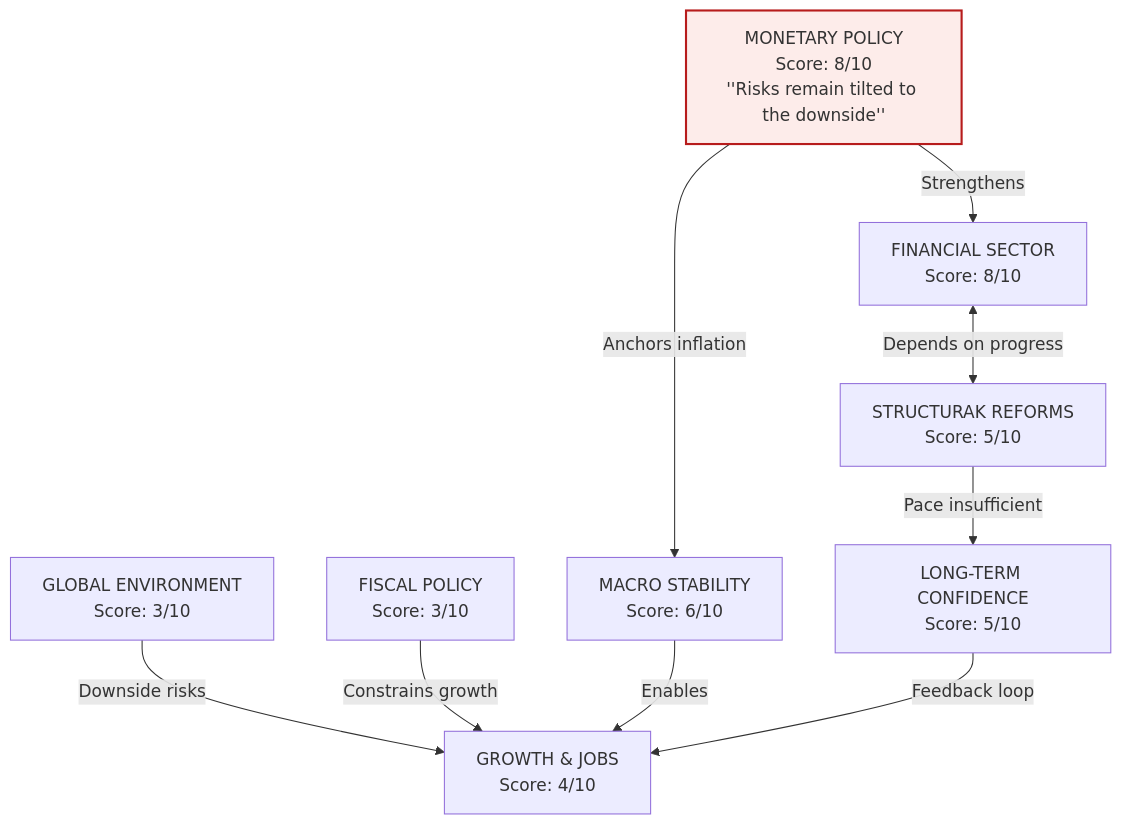
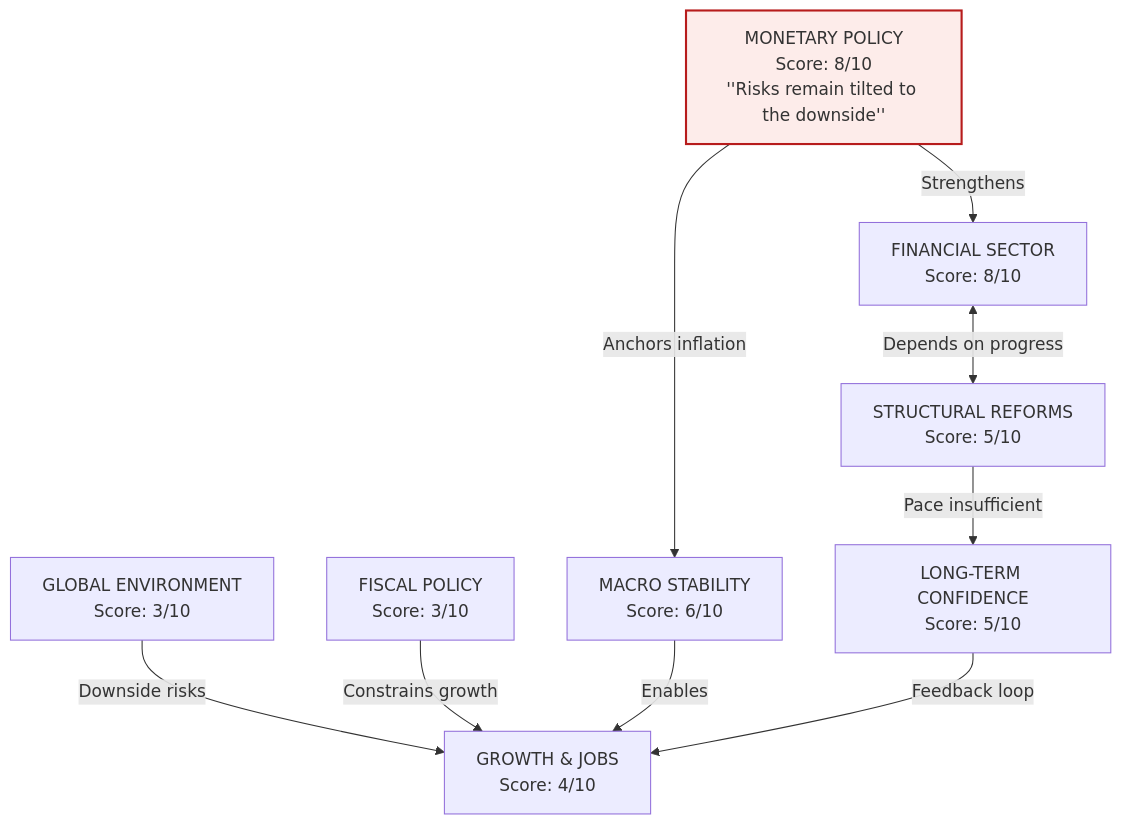
One commit to Tellusant/docs changed the first of 2 diagrams in articles-posts/economic-sentiment-zaf.md. Above: the diagram before and after it, drawn with Mermaid.

```diff
--- a/articles-posts/economic-sentiment-zaf.md
+++ b/articles-posts/economic-sentiment-zaf.md
@@ -11,22 +11,22 @@
 <div class="mermaid">
 flowchart TD
     GE["GLOBAL ENVIRONMENT\nScore: 3/10"]
     FP["FISCAL POLICY\nScore: 3/10"]
     GJ["GROWTH & JOBS\nScore: 4/10"]
     MP["MONETARY POLICY\nScore: 8/10\n''Risks remain tilted to the downside''"]:::risk
     MS["MACRO STABILITY\nScore: 6/10"]
     FS["FINANCIAL SECTOR\nScore: 8/10"]
-    SR["STRUCTURAK REFORMS\nScore: 5/10"]
+    SR["STRUCTURAL REFORMS\nScore: 5/10"]
     LC["LONG-TERM CONFIDENCE\nScore: 5/10"]
 
     GE -->|Downside risks| GJ
     FP -->|Constrains growth| GJ
     MP -->|Anchors inflation| MS
     MS -->|Enables| GJ
     MP -->|Strengthens| FS
     FS <-->|Depends on progress| SR
     SR -->|Pace insufficient| LC
     LC -->|Feedback loop| GJ
 
     classDef risk fill:#fdecea,stroke:#b71c1c,stroke-width:2px
 </div>
```
